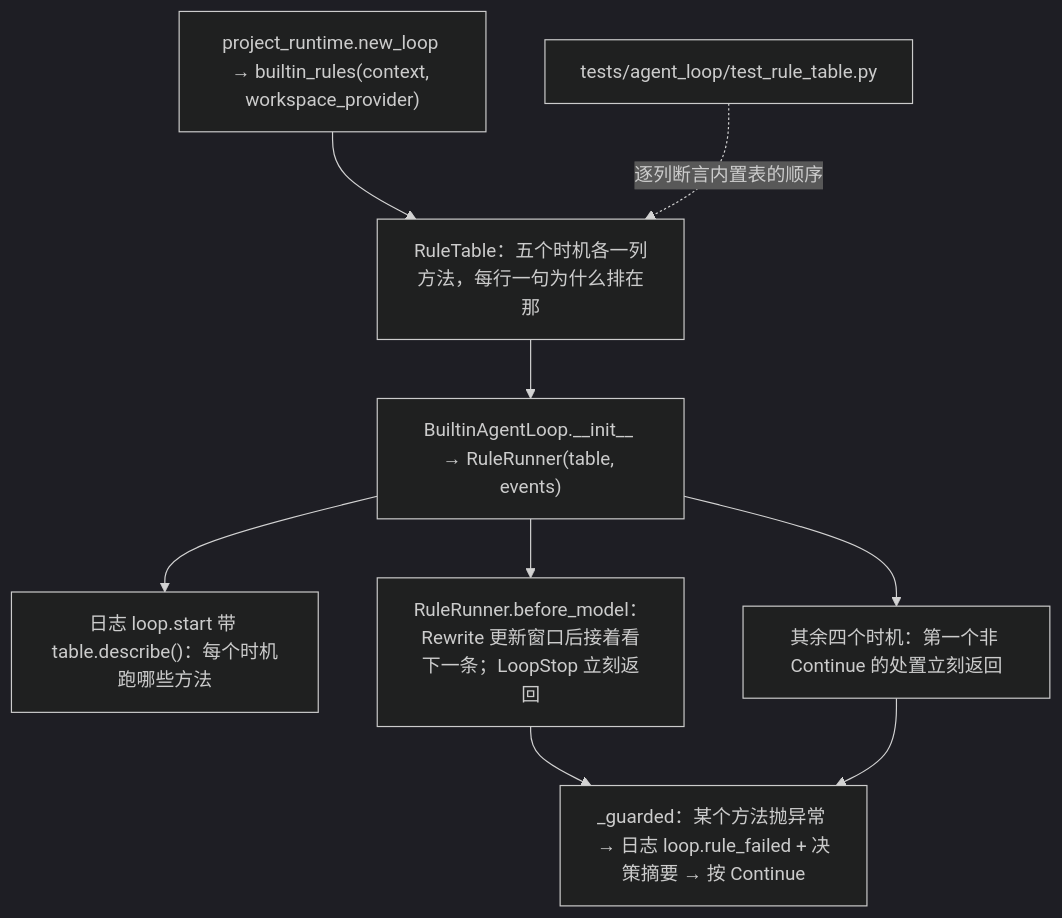
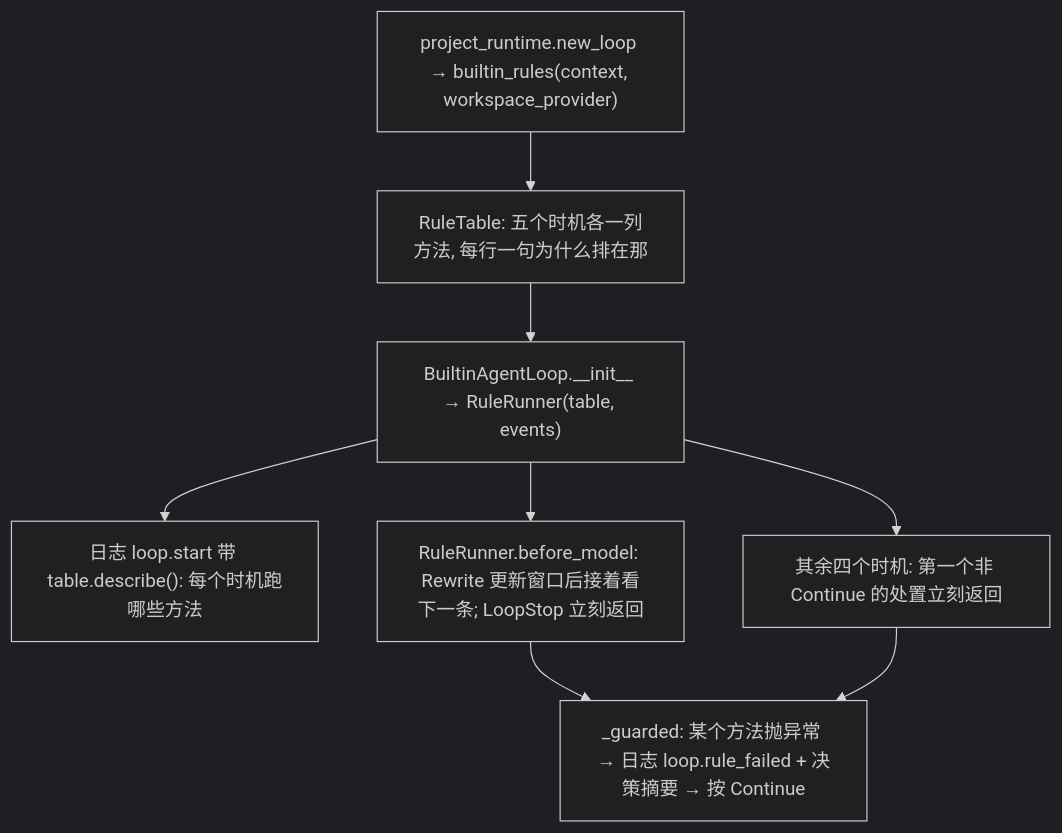
Before and after one commit to qubaolai/ForgeCLI: diagram 14 of 50 in docs/06-代码阅读线路.md, drawn with Mermaid (dark theme). The commit also changed other lines of this file and 292 other files, not shown here.

````diff
--- a/docs/06-代码阅读线路.md
+++ b/docs/06-代码阅读线路.md
@@ -616,11 +646,10 @@
 ```mermaid
 flowchart TD
-    A["project_runtime.new_loop → builtin_rules(context, workspace_provider)"] --> B["RuleTable：五个时机各一列方法，每行一句为什么排在那"]
+    A["project_runtime.new_loop → builtin_rules(context, workspace_provider)"] --> B["RuleTable: 五个时机各一列方法, 每行一句为什么排在那"]
     B --> C["BuiltinAgentLoop.__init__ → RuleRunner(table, events)"]
-    C --> D["日志 loop.start 带 table.describe()：每个时机跑哪些方法"]
-    C --> E["RuleRunner.before_model：Rewrite 更新窗口后接着看下一条；LoopStop 立刻返回"]
-    C --> F["其余四个时机：第一个非 Continue 的处置立刻返回"]
-    E --> G["_guarded：某个方法抛异常 → 日志 loop.rule_failed + 决策摘要 → 按 Continue"]
+    C --> D["日志 loop.start 带 table.describe(): 每个时机跑哪些方法"]
+    C --> E["RuleRunner.before_model: Rewrite 更新窗口后接着看下一条; LoopStop 立刻返回"]
+    C --> F["其余四个时机: 第一个非 Continue 的处置立刻返回"]
+    E --> G["_guarded: 某个方法抛异常 → 日志 loop.rule_failed + 决策摘要 → 按 Continue"]
     F --> G
-    H["tests/agent_loop/test_rule_table.py"] -. "逐列断言内置表的顺序" .-> B
 ```
````
